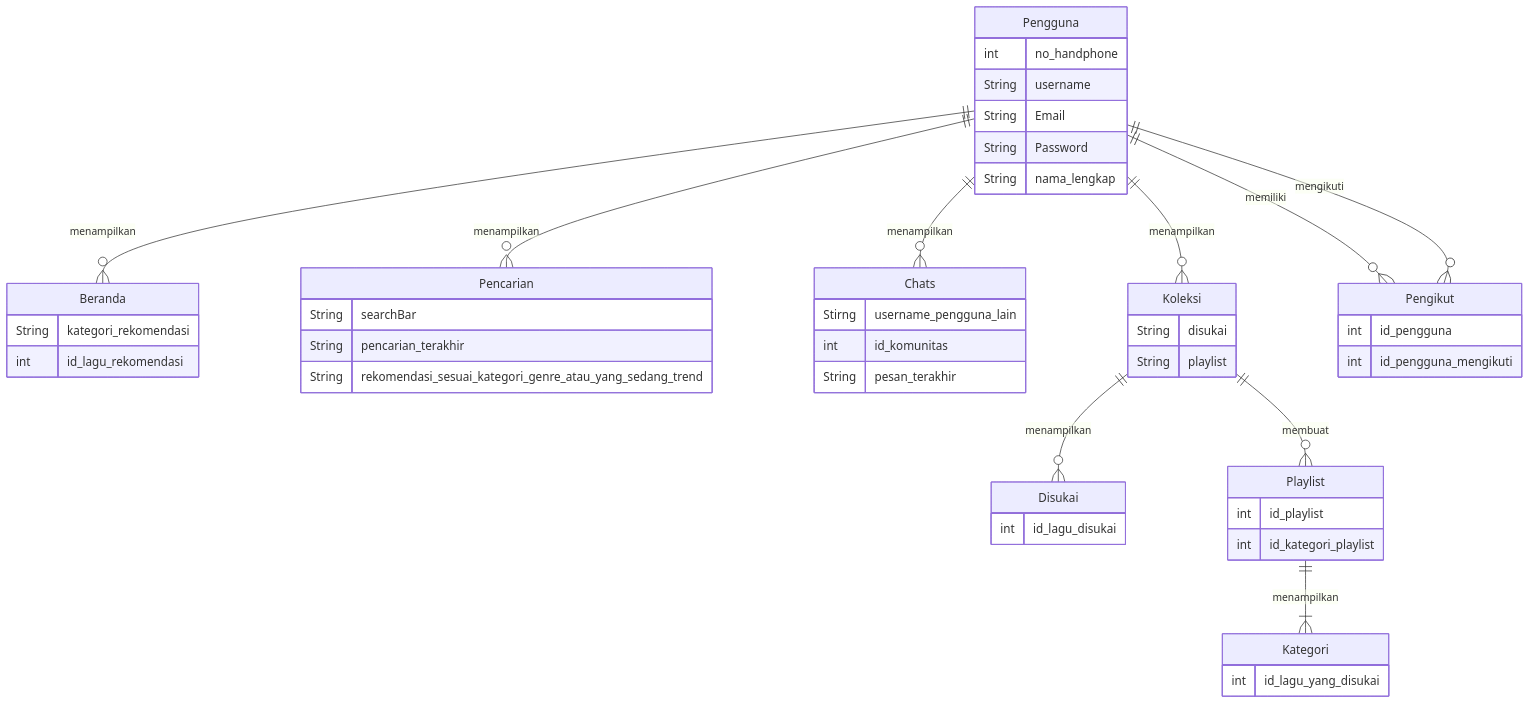
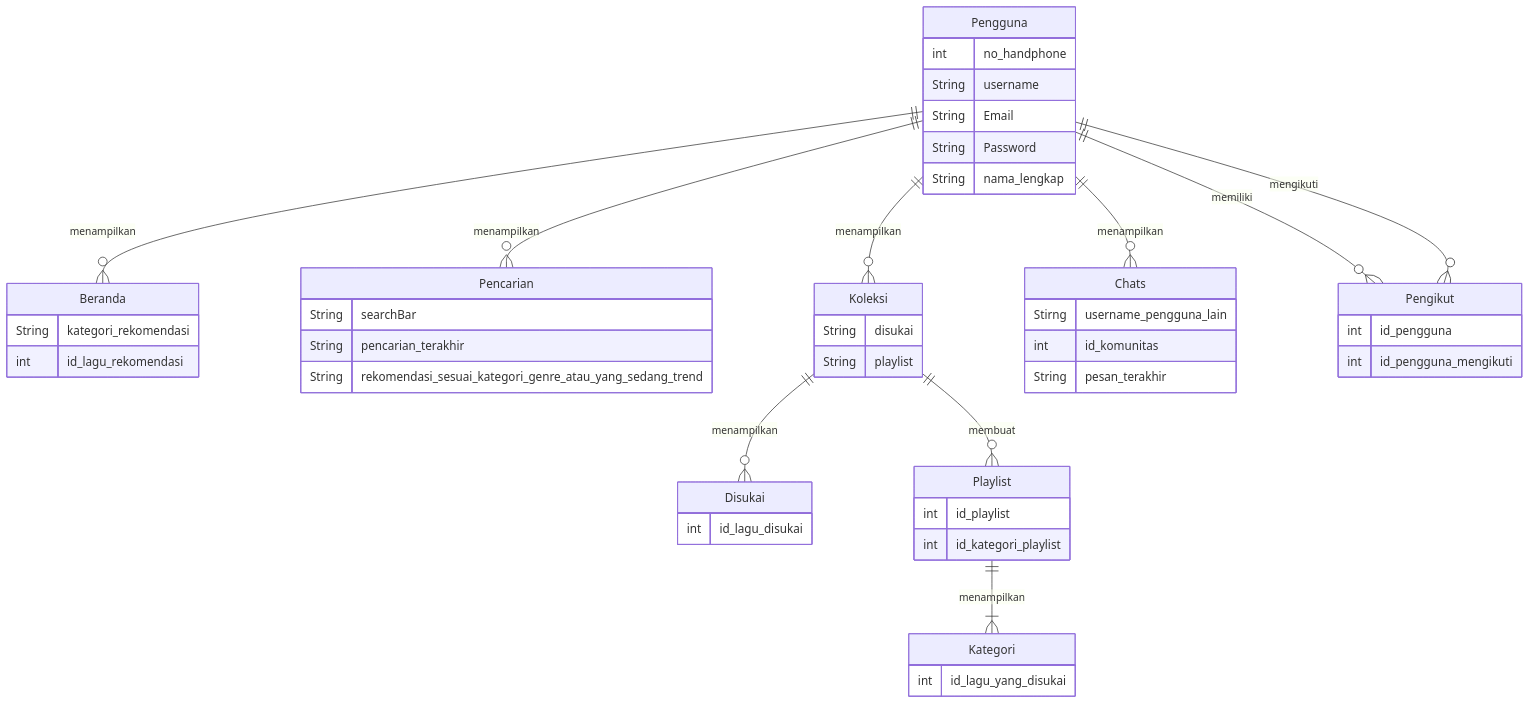
Before and after one commit to Ridwanihsann/Pengenalan-Informatika: the first of 2 diagrams in UTS.md, drawn with Mermaid. The commit also changed other lines of this file, not shown here.

````diff
--- a/UTS.md
+++ b/UTS.md
@@ -59,51 +59,51 @@
 ```mermaid
 erDiagram
   Pengguna {
     int no_handphone
     String username
     String Email
     String Password
     String nama_lengkap
   }
   Pengguna ||--o{ Beranda : menampilkan
   Beranda {
     String kategori_rekomendasi
     int id_lagu_rekomendasi
   }
 Pengguna ||--o{ Pencarian : menampilkan
   Pencarian {
     String searchBar
     String pencarian_terakhir
     String rekomendasi_sesuai_kategori_genre_atau_yang_sedang_trend
   }
-  Pengguna ||--o{ Chats : menampilkan
-  Chats {
-    Stirng username_pengguna_lain
-    int id_komunitas
-    String pesan_terakhir
-  }
   Pengguna ||--o{ Koleksi : menampilkan
   Koleksi {
     String disukai
     String playlist
   }
   Koleksi ||--o{ Disukai : menampilkan
   Disukai {
     int id_lagu_disukai
   }
   Koleksi ||--o{ Playlist : membuat
   Playlist {
     int id_playlist
     int id_kategori_playlist
   }
   Playlist ||--|{ Kategori : menampilkan
   Kategori {
     int id_lagu_yang_disukai
   }
+  Pengguna ||--o{ Chats : menampilkan
+  Chats {
+    Stirng username_pengguna_lain
+    int id_komunitas
+    String pesan_terakhir
+  }
   Pengguna ||--o{ Pengikut : memiliki
   Pengguna ||--o{ Pengikut : mengikuti
   Pengikut {
     int id_pengguna
     int id_pengguna_mengikuti
   }
 ```
````
